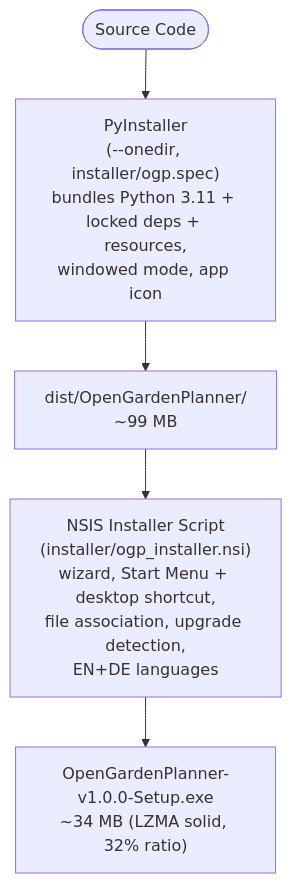
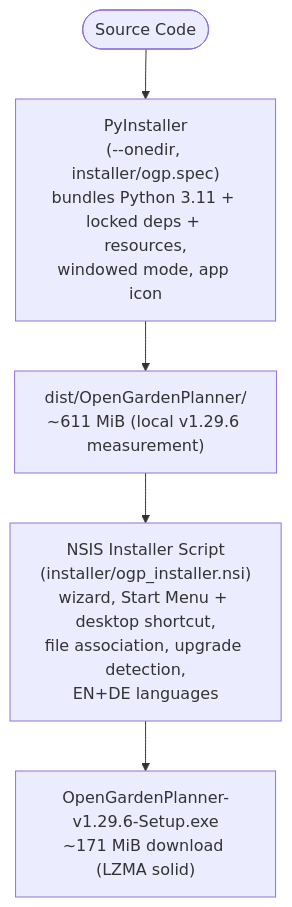
One commit to cofade/open-garden-planner changed the first of 3 diagrams in docs/07-deployment-view/README.md. Above: the diagram before and after it, drawn with Mermaid. The commit also changed other lines of this file and 35 other files, not shown here.

````diff
--- a/docs/07-deployment-view/README.md
+++ b/docs/07-deployment-view/README.md
@@ -15,10 +15,10 @@
 ```mermaid
 flowchart TD
     Src([Source Code])
     PI["PyInstaller<br/>(--onedir, installer/ogp.spec)<br/>bundles Python 3.11 + locked deps + resources,<br/>windowed mode, app icon"]
-    Bundle["dist/OpenGardenPlanner/<br/>~99 MB"]
+    Bundle["dist/OpenGardenPlanner/<br/>~611 MiB (local v1.29.6 measurement)"]
     NSIS["NSIS Installer Script<br/>(installer/ogp_installer.nsi)<br/>wizard, Start Menu + desktop shortcut,<br/>file association, upgrade detection,<br/>EN+DE languages"]
-    Out["OpenGardenPlanner-v1.0.0-Setup.exe<br/>~34 MB (LZMA solid, 32% ratio)"]
+    Out["OpenGardenPlanner-v1.29.6-Setup.exe<br/>~171 MiB download (LZMA solid)"]
 
     Src --> PI --> Bundle --> NSIS --> Out
 ```
````
